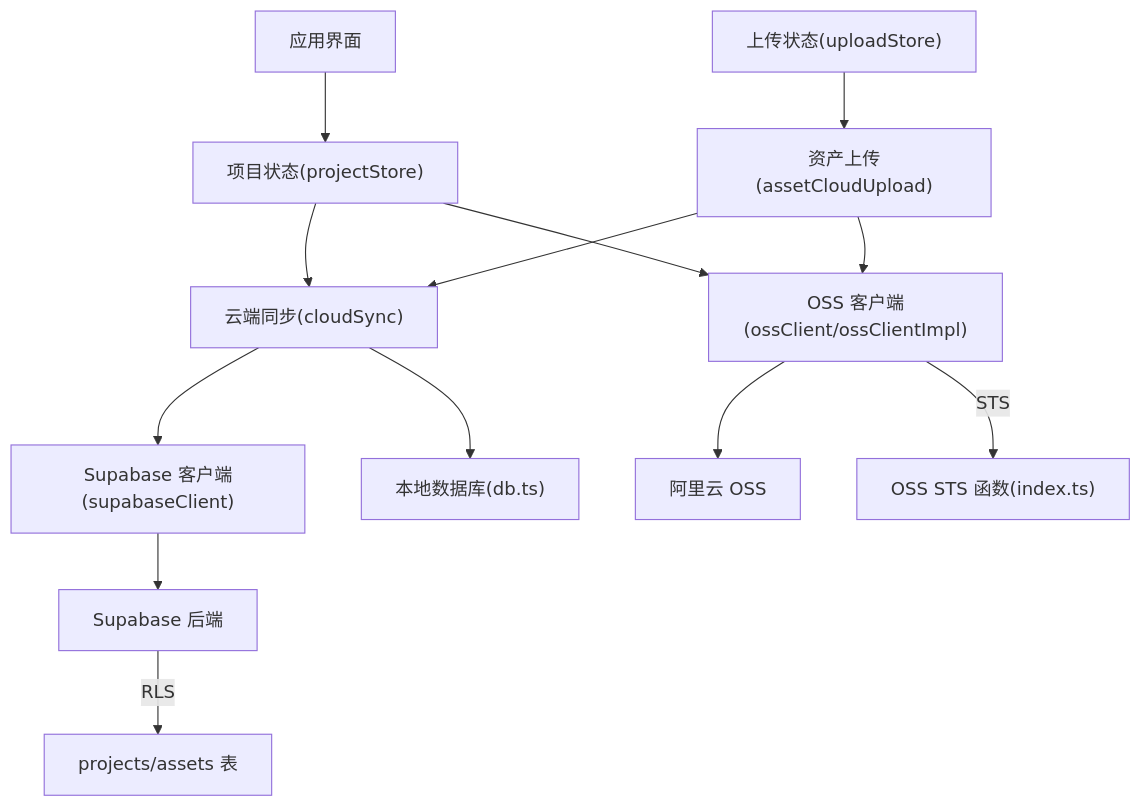
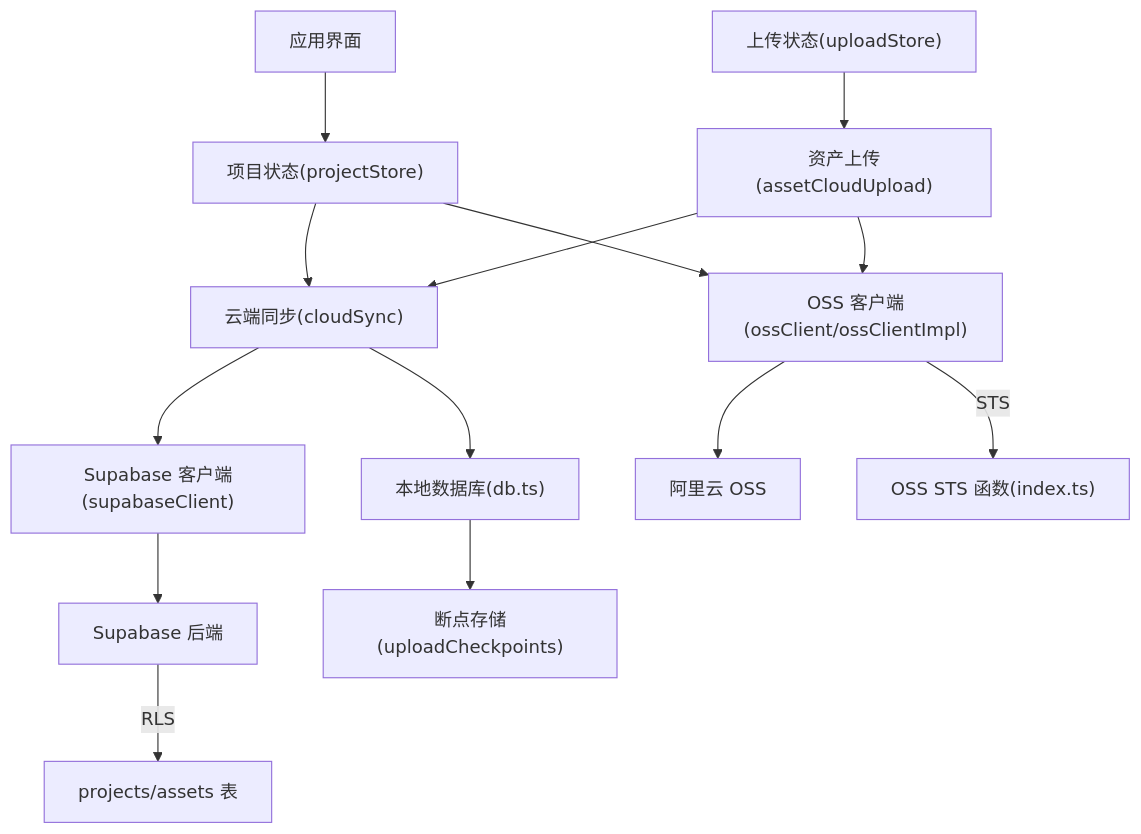
The first of 5 diagrams in .qoder/repowiki/zh/content/协作同步系统/云端同步.md (suqi-bot/SuQCanvas), drawn with Mermaid before and after one commit. The commit also changed other lines of this file and 10 other files, not shown here.

````diff
--- a/.qoder/repowiki/zh/content/协作同步系统/云端同步.md
+++ b/.qoder/repowiki/zh/content/协作同步系统/云端同步.md
@@ -62,15 +62,16 @@
 ```mermaid
 graph TB
 UI["应用界面"] --> PS["项目状态(projectStore)"]
 PS --> CS["云端同步(cloudSync)"]
 CS --> SB["Supabase 客户端(supabaseClient)"]
 CS --> DBX["本地数据库(db.ts)"]
 PS --> OS["OSS 客户端(ossClient/ossClientImpl)"]
 OS --> OSS["阿里云 OSS"]
 SB --> SUPA["Supabase 后端"]
 SUPA --> |RLS| TBL["projects/assets 表"]
 OS --> |STS| FUNC["OSS STS 函数(index.ts)"]
 ACU["资产上传(assetCloudUpload)"] --> OS
 ACU --> CS
 US["上传状态(uploadStore)"] --> ACU
+DBX --> CP["断点存储(uploadCheckpoints)"]
 ```
````
